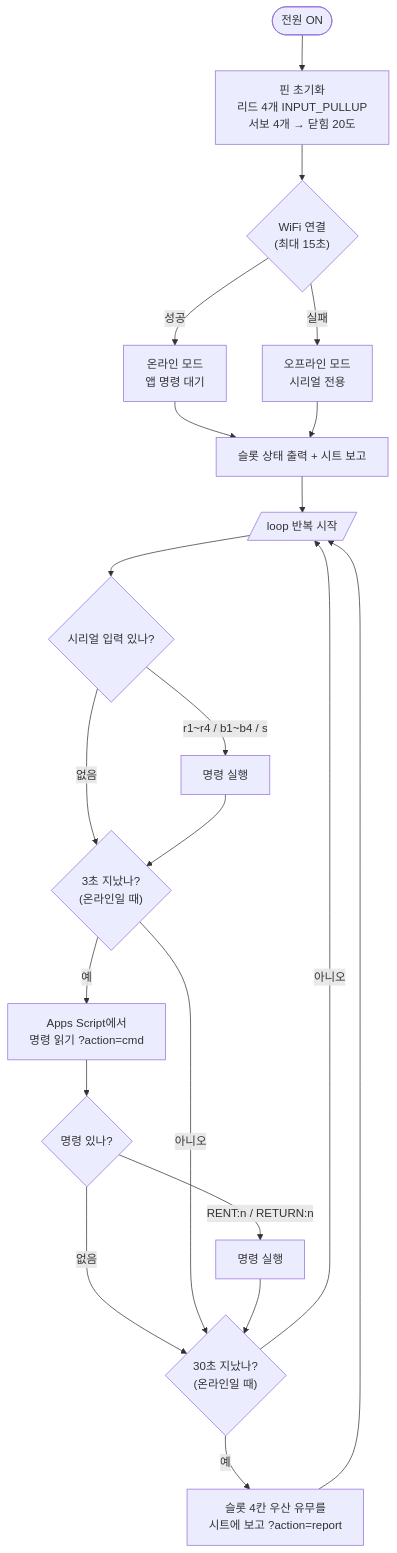
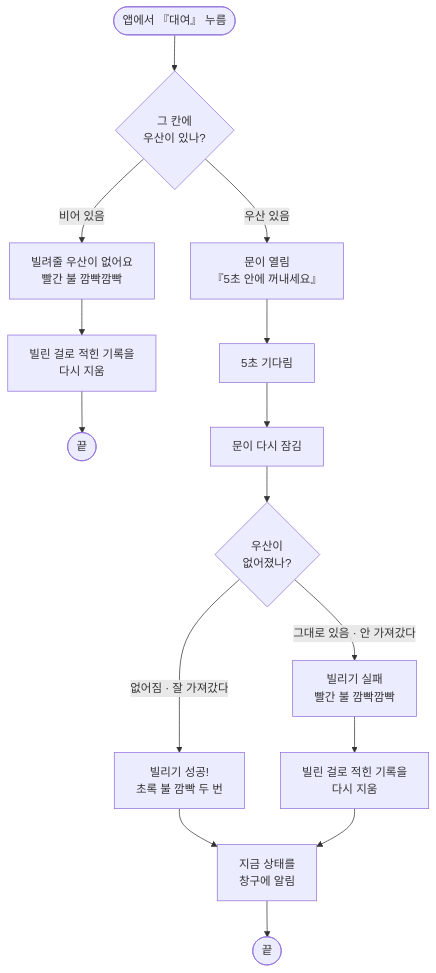
The second of 4 diagrams in esp32-class-projects/06_umbrella/step5_locker/flowchart.md (ralralra/eps32), drawn with Mermaid before and after one commit. The commit also changed other lines of this file, not shown here.

````diff
--- a/esp32-class-projects/06_umbrella/step5_locker/flowchart.md
+++ b/esp32-class-projects/06_umbrella/step5_locker/flowchart.md
@@ -8,24 +28,18 @@
 ```mermaid
 flowchart TD
-    A([전원 ON]) --> B["핀 초기화<br/>리드 4개 INPUT_PULLUP<br/>서보 4개 → 닫힘 20도"]
-    B --> C{"WiFi 연결<br/>(최대 15초)"}
-    C -- 성공 --> D["온라인 모드<br/>앱 명령 대기"]
-    C -- 실패 --> E["오프라인 모드<br/>시리얼 전용"]
-    D --> F["슬롯 상태 출력 + 시트 보고"]
-    E --> F
-    F --> G[/"loop 반복 시작"/]
+    A(["앱에서 『대여』 누름"]) --> B{"그 칸에<br/>우산이 있나?"}
+    B -- "비어 있음" --> C["빌려줄 우산이 없어요<br/>빨간 불 깜빡깜빡"]
+    C --> D["빌린 걸로 적힌 기록을<br/>다시 지움"]
+    D --> Z(["끝"])
 
-    G --> H{"시리얼 입력 있나?"}
-    H -- "r1~r4 / b1~b4 / s" --> I["명령 실행"]
-    H -- 없음 --> J
-    I --> J{"3초 지났나?<br/>(온라인일 때)"}
-    J -- 예 --> K["Apps Script에서<br/>명령 읽기 ?action=cmd"]
-    K --> L{"명령 있나?"}
-    L -- "RENT:n / RETURN:n" --> I2["명령 실행"]
-    L -- 없음 --> M
-    J -- 아니오 --> M
-    I2 --> M{"30초 지났나?<br/>(온라인일 때)"}
-    M -- 예 --> N["슬롯 4칸 우산 유무를<br/>시트에 보고 ?action=report"]
-    M -- 아니오 --> G
-    N --> G
+    B -- "우산 있음" --> E["문이 열림<br/>『5초 안에 꺼내세요』"]
+    E --> F["5초 기다림"]
+    F --> G["문이 다시 잠김"]
+    G --> H{"우산이<br/>없어졌나?"}
+    H -- "없어짐 · 잘 가져갔다" --> I["빌리기 성공!<br/>초록 불 깜빡 두 번"]
+    H -- "그대로 있음 · 안 가져갔다" --> J["빌리기 실패<br/>빨간 불 깜빡깜빡"]
+    J --> K["빌린 걸로 적힌 기록을<br/>다시 지움"]
+    I --> L["지금 상태를<br/>창구에 알림"]
+    K --> L
+    L --> Z2(["끝"])
 ```
````
